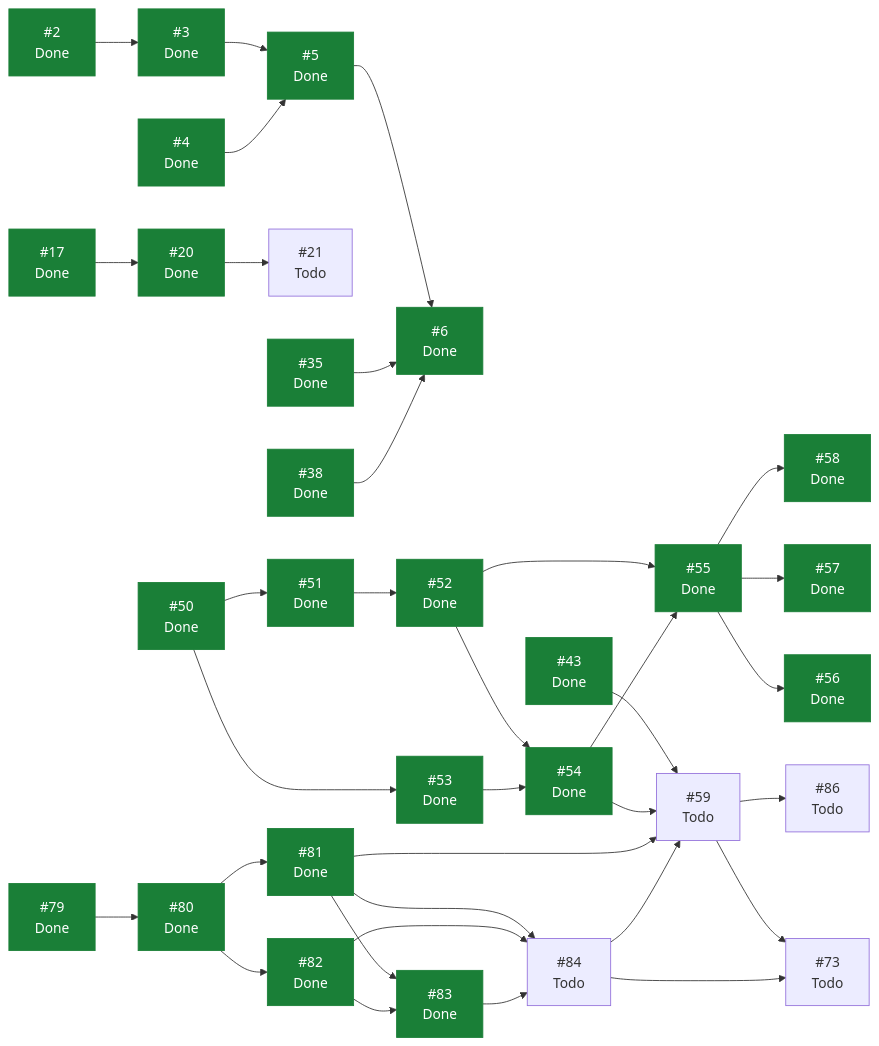
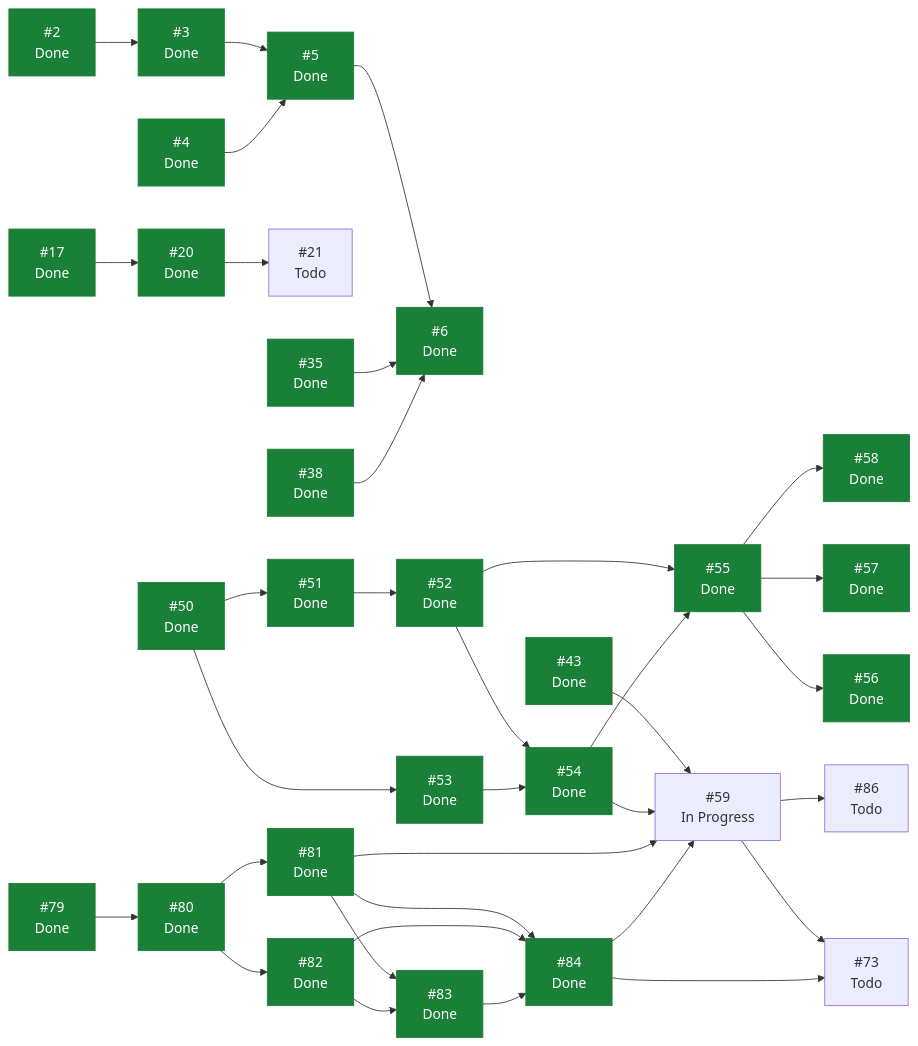
One commit to ecamp0s/evault changed the diagram in docs/planning/STATUS.md. Above: the diagram before and after it, drawn with Mermaid. The commit also changed other lines of this file, not shown here.

````diff
--- a/docs/planning/STATUS.md
+++ b/docs/planning/STATUS.md
@@ -102,67 +102,67 @@
 ```mermaid
 graph LR
   I2["#2<br/>Done"]
   I3["#3<br/>Done"]
   I4["#4<br/>Done"]
   I5["#5<br/>Done"]
   I6["#6<br/>Done"]
   I17["#17<br/>Done"]
   I20["#20<br/>Done"]
   I21["#21<br/>Todo"]
   I35["#35<br/>Done"]
   I38["#38<br/>Done"]
   I43["#43<br/>Done"]
   I50["#50<br/>Done"]
   I51["#51<br/>Done"]
   I52["#52<br/>Done"]
   I53["#53<br/>Done"]
   I54["#54<br/>Done"]
   I55["#55<br/>Done"]
   I56["#56<br/>Done"]
   I57["#57<br/>Done"]
   I58["#58<br/>Done"]
-  I59["#59<br/>Todo"]
+  I59["#59<br/>In Progress"]
   I73["#73<br/>Todo"]
   I79["#79<br/>Done"]
   I80["#80<br/>Done"]
   I81["#81<br/>Done"]
   I82["#82<br/>Done"]
   I83["#83<br/>Done"]
-  I84["#84<br/>Todo"]
+  I84["#84<br/>Done"]
   I86["#86<br/>Todo"]
   I2 --> I3
   I3 --> I5
   I4 --> I5
   I5 --> I6
   I17 --> I20
   I20 --> I21
   I35 --> I6
   I38 --> I6
   I43 --> I59
   I50 --> I51
   I50 --> I53
   I51 --> I52
   I52 --> I54
   I52 --> I55
   I53 --> I54
   I54 --> I55
   I54 --> I59
   I55 --> I56
   I55 --> I57
   I55 --> I58
   I59 --> I73
   I59 --> I86
   I79 --> I80
   I80 --> I81
   I80 --> I82
   I81 --> I59
   I81 --> I83
   I81 --> I84
   I82 --> I83
   I82 --> I84
   I83 --> I84
   I84 --> I59
   I84 --> I73
   classDef hecho fill:#1a7f37,stroke:#1a7f37,color:#fff;
-  class I2,I3,I4,I5,I6,I17,I20,I35,I38,I43,I50,I51,I52,I53,I54,I55,I56,I57,I58,I79,I80,I81,I82,I83 hecho;
+  class I2,I3,I4,I5,I6,I17,I20,I35,I38,I43,I50,I51,I52,I53,I54,I55,I56,I57,I58,I79,I80,I81,I82,I83,I84 hecho;
 ```
````
